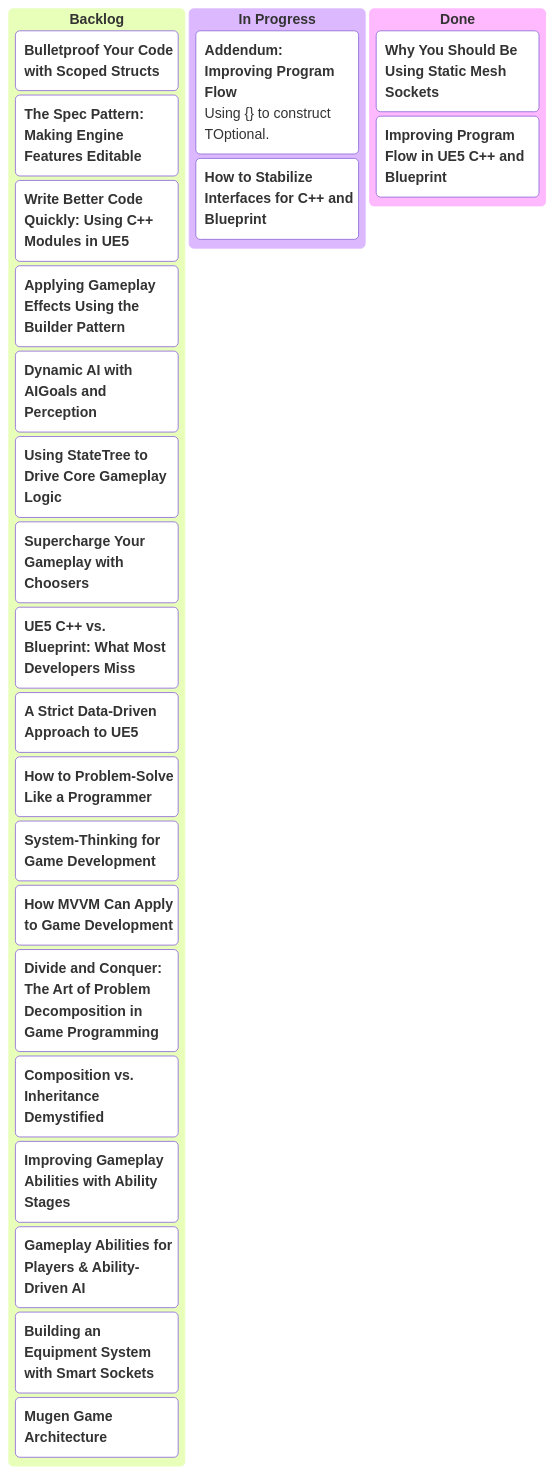
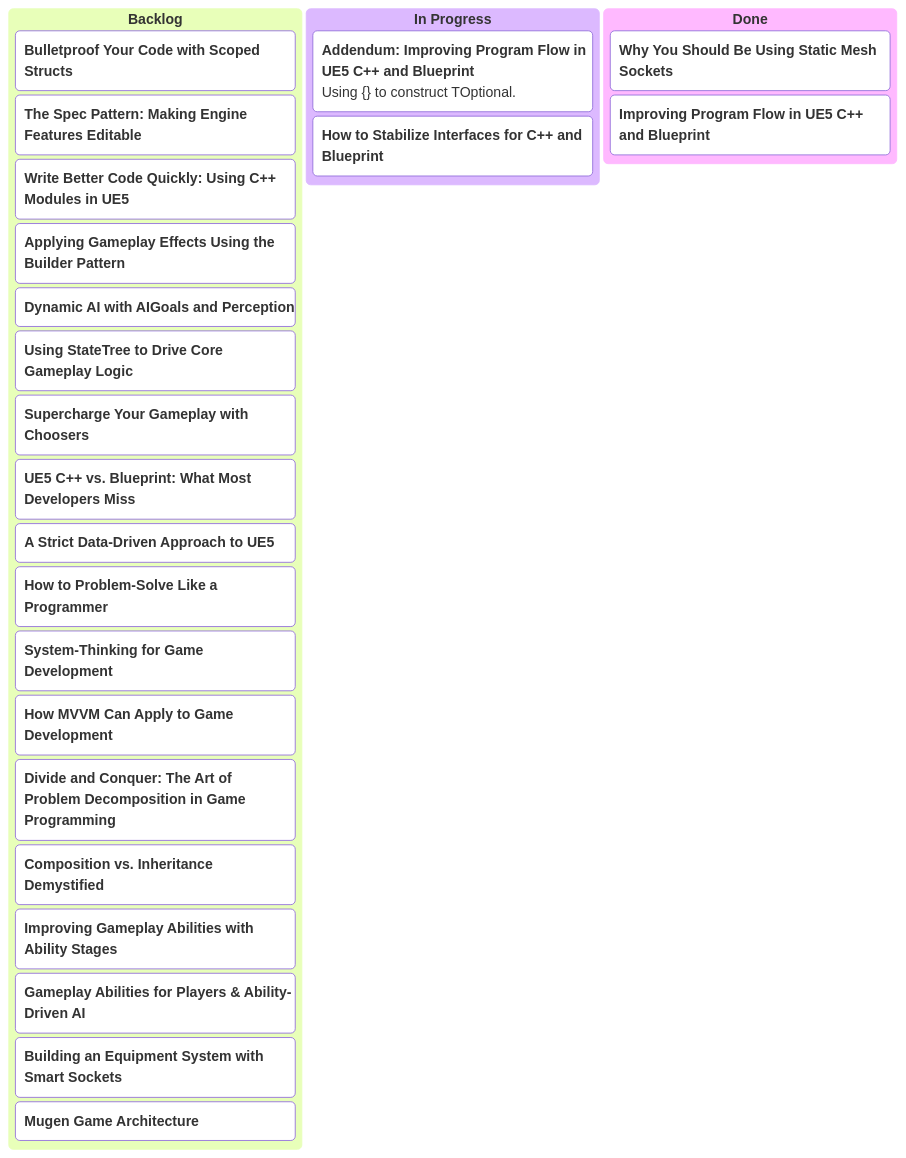
Before and after one commit to mugenmelon/mugenmelon.github.io: the diagram in kanban.md, drawn with Mermaid. The commit also changed 1 other file, not shown here.

Commit message:
Final cleanup

```diff
--- a/kanban.md
+++ b/kanban.md
@@ -8,31 +8,35 @@
 <pre class="mermaid">
+---
+config:
+    kanban:
+        sectionWidth: 333
+---
 kanban
     ["`**Backlog**`"]
         ["`**Bulletproof Your Code with Scoped Structs**`"]
         ["`**The Spec Pattern: Making Engine Features Editable**`"]
         ["`**Write Better Code Quickly: Using C++ Modules in UE5**`"]
         ["`**Applying Gameplay Effects Using the Builder Pattern**`"]
         ["`**Dynamic AI with AIGoals and Perception**`"]
         ["`**Using StateTree to Drive Core Gameplay Logic**`"]
         ["`**Supercharge Your Gameplay with Choosers**`"]
 
         ["`**UE5 C++ vs. Blueprint: What Most Developers Miss**`"]
         ["`**A Strict Data-Driven Approach to UE5**`"]
         ["`**How to Problem-Solve Like a Programmer**`"]
         ["`**System-Thinking for Game Development**`"]
         ["`**How MVVM Can Apply to Game Development**`"]
         ["`**Divide and Conquer: The Art of Problem Decomposition in Game Programming**`"]
         ["`**Composition vs. Inheritance Demystified**`"]
         ["`**Improving Gameplay Abilities with Ability Stages**`"]
         ["`**Gameplay Abilities for Players & Ability-Driven AI**`"]
         ["`**Building an Equipment System with Smart Sockets**`"]
         ["`**Mugen Game Architecture**`"]
     ["`**In Progress**`"]
-        ["`**Addendum: Improving Program Flow**
-            Using {} to construct TOptional.
-        `"]
+        ["`**Addendum: Improving Program Flow in UE5 C++ and Blueprint**
+            Using {} to construct TOptional.`"]
         ["`**How to Stabilize Interfaces for C++ and Blueprint**`"]
     ["`**Done**`"]
         ["`**Why You Should Be Using Static Mesh Sockets**`"]
         ["`**Improving Program Flow in UE5 C++ and Blueprint**`"]
 </pre>
```
